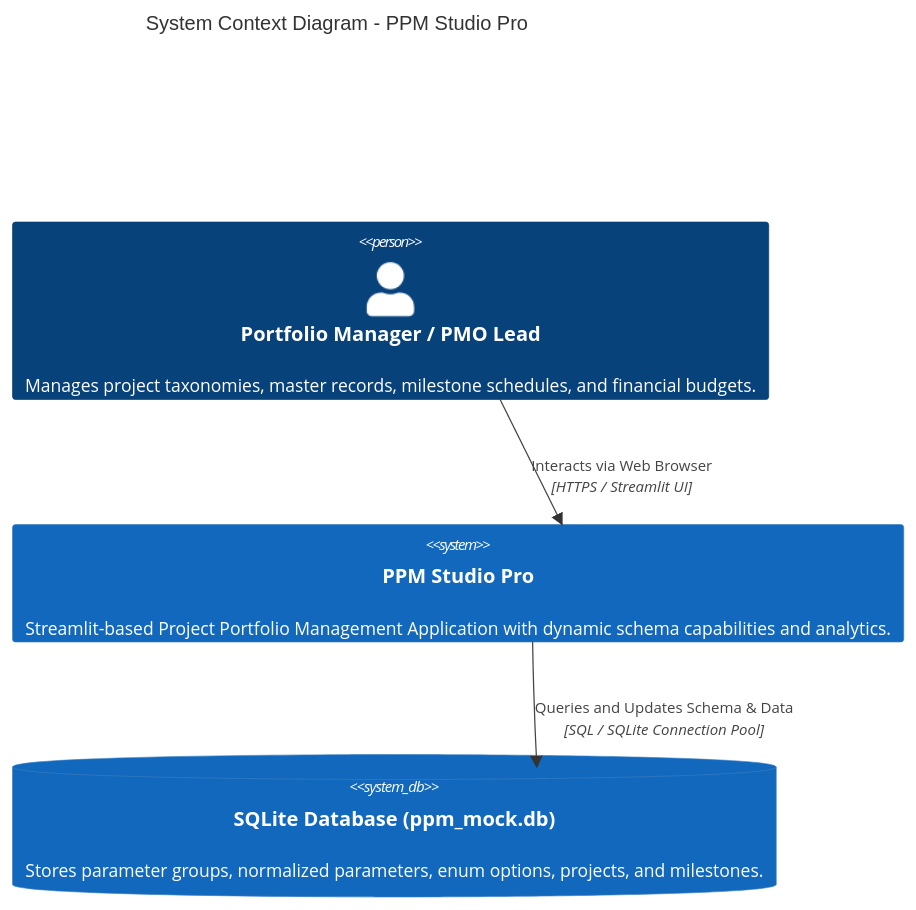
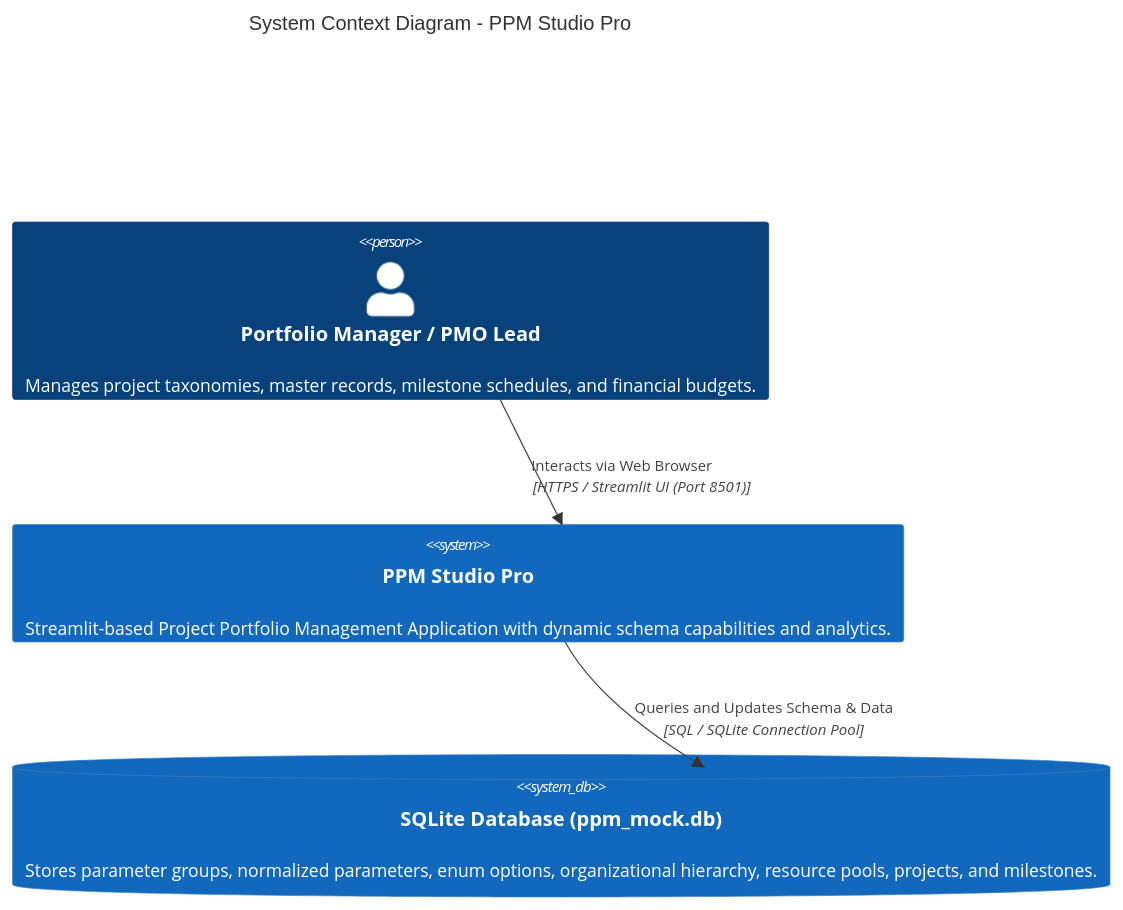
Before and after one commit to cboguet83/eppm_demo: the first of 2 diagrams in README.md, drawn with Mermaid. The commit also changed other lines of this file and 5 other files, not shown here.

````diff
--- a/README.md
+++ b/README.md
@@ -10,11 +10,11 @@
 ```mermaid
 C4Context
     title System Context Diagram - PPM Studio Pro
 
     Person(user, "Portfolio Manager / PMO Lead", "Manages project taxonomies, master records, milestone schedules, and financial budgets.")
     System(ppm_app, "PPM Studio Pro", "Streamlit-based Project Portfolio Management Application with dynamic schema capabilities and analytics.")
-    SystemDb(sqlite_db, "SQLite Database (ppm_mock.db)", "Stores parameter groups, normalized parameters, enum options, projects, and milestones.")
+    SystemDb(sqlite_db, "SQLite Database (ppm_mock.db)", "Stores parameter groups, normalized parameters, enum options, organizational hierarchy, resource pools, projects, and milestones.")
 
-    Rel(user, ppm_app, "Interacts via Web Browser", "HTTPS / Streamlit UI")
+    Rel(user, ppm_app, "Interacts via Web Browser", "HTTPS / Streamlit UI (Port 8501)")
     Rel(ppm_app, sqlite_db, "Queries and Updates Schema & Data", "SQL / SQLite Connection Pool")
 ```
````
